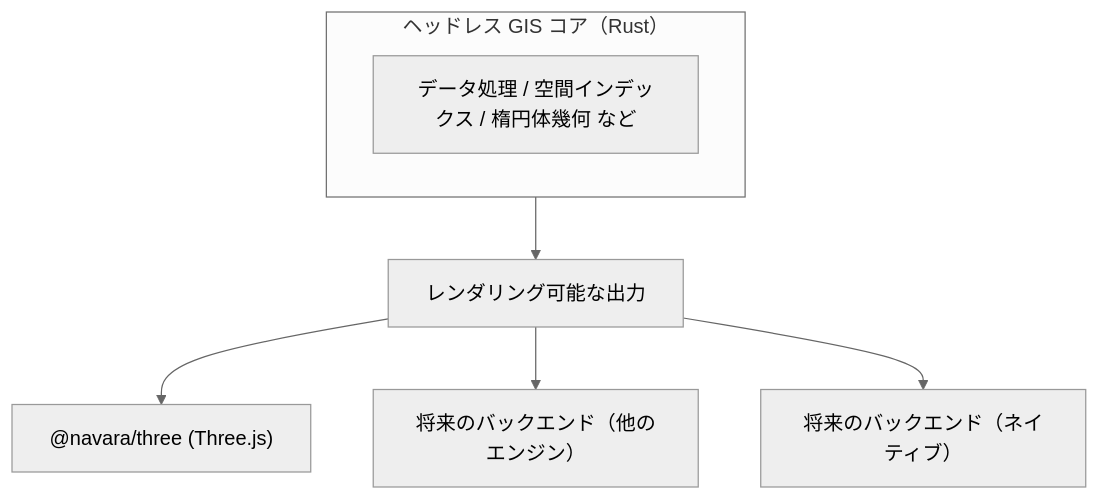
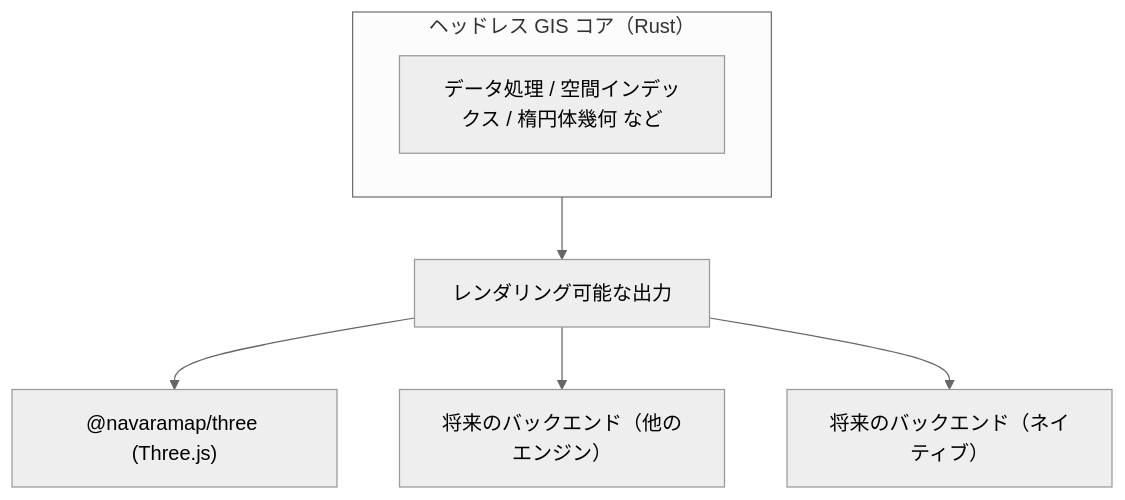
One commit to matrix9neonebuchadnezzar2199-sketch/navara changed the first of 3 diagrams in docs/src/content/docs/ja/guides/Introduction/how-navara-works.md. Above: the diagram before and after it, drawn with Mermaid (neutral theme). The commit also changed other lines of this file and 645 other files, not shown here.

````diff
--- a/docs/src/content/docs/ja/guides/Introduction/how-navara-works.md
+++ b/docs/src/content/docs/ja/guides/Introduction/how-navara-works.md
@@ -12,11 +12,11 @@
 ```mermaid
 graph TD
   subgraph GIS["ヘッドレス GIS コア（Rust）"]
     B["データ処理 / 空間インデックス / 楕円体幾何 など"]
   end
 
   GIS --> C["レンダリング可能な出力"]
-  C --> D["@navara/three (Three.js)"]
+  C --> D["@navaramap/three (Three.js)"]
   C --> E["将来のバックエンド（他のエンジン）"]
   C --> F["将来のバックエンド（ネイティブ）"]
 ```
````
